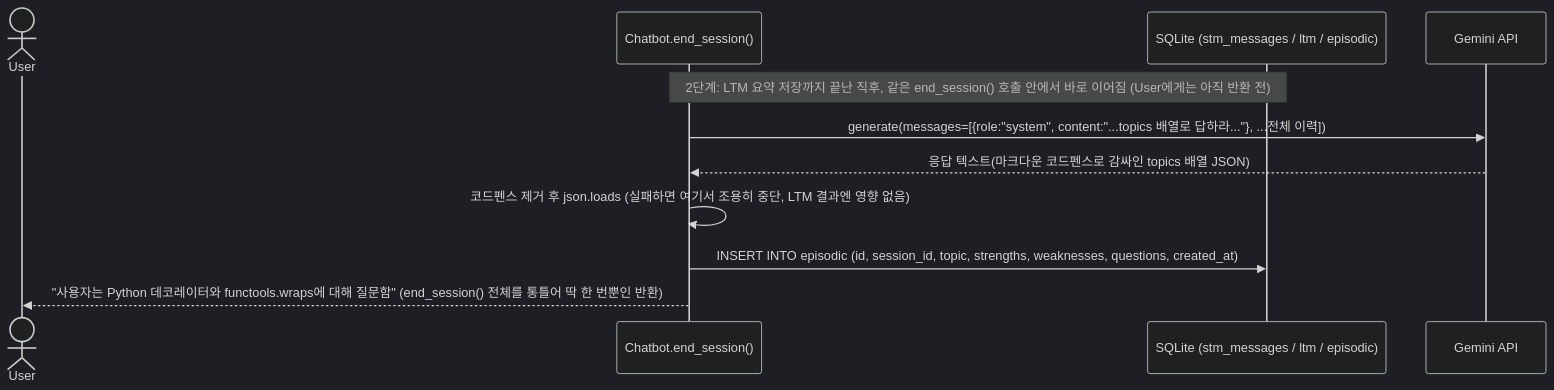
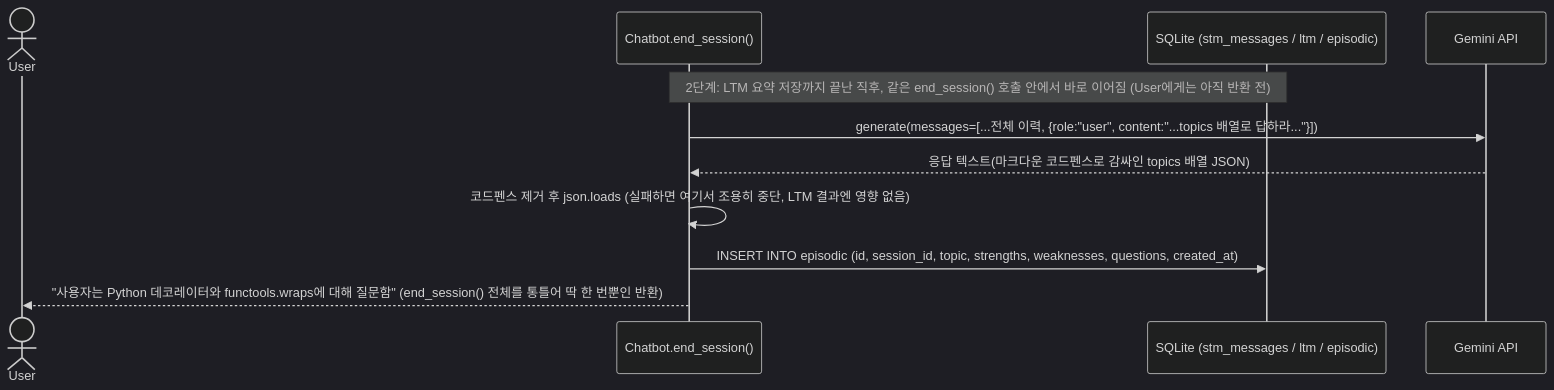
The third of 3 diagrams in lossy_clone/ARCHITECTURE.md (Kanmanemone/memory-augmented-learning-chatbot), drawn with Mermaid (dark theme) before and after one commit. The commit also changed other lines of this file and 5 other files, not shown here.

````diff
--- a/lossy_clone/ARCHITECTURE.md
+++ b/lossy_clone/ARCHITECTURE.md
@@ -62,14 +62,14 @@
 ```mermaid
 sequenceDiagram
     actor User
     participant Bot as Chatbot.end_session()
     participant DB as SQLite (stm_messages / ltm / episodic)
     participant Gemini as Gemini API
 
     Note over Bot,DB: 2단계: LTM 요약 저장까지 끝난 직후, 같은 end_session() 호출 안에서 바로 이어짐 (User에게는 아직 반환 전)
-    Bot->>Gemini: generate(messages=[{role:"system", content:"...topics 배열로 답하라..."}, ...전체 이력])
+    Bot->>Gemini: generate(messages=[...전체 이력, {role:"user", content:"...topics 배열로 답하라..."}])
     Gemini-->>Bot: 응답 텍스트(마크다운 코드펜스로 감싸인 topics 배열 JSON)
     Bot->>Bot: 코드펜스 제거 후 json.loads (실패하면 여기서 조용히 중단, LTM 결과엔 영향 없음)
     Bot->>DB: INSERT INTO episodic (id, session_id, topic, strengths, weaknesses, questions, created_at)
     Bot-->>User: "사용자는 Python 데코레이터와 functools.wraps에 대해 질문함" (end_session() 전체를 통틀어 딱 한 번뿐인 반환)
 ```
````
